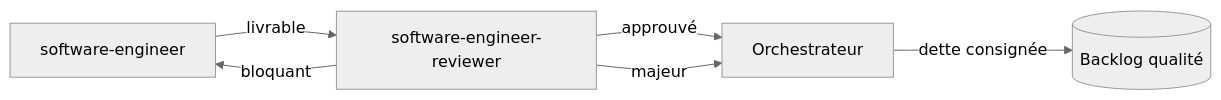
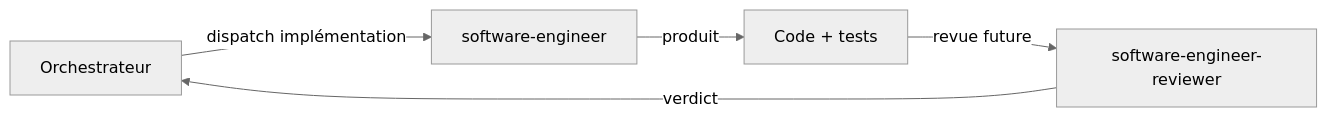
Before and after one commit to SebastienDegodez/skraft-plugin: the diagram in docs/agent-software-engineer-and-reviewer.md, drawn with Mermaid (neutral theme). The commit also changed other lines of this file and 7 other files, not shown here.

First line of the commit message:
fix(software-engineer): enumerate the 9 Object Calisthenics rules

````diff
--- a/docs/agent-software-engineer-and-reviewer.md
+++ b/docs/agent-software-engineer-and-reviewer.md
@@ -357,8 +30,7 @@
 ```mermaid
 flowchart LR
-    A[software-engineer] -->|livrable| R[software-engineer-reviewer]
-    R -->|bloquant| A
-    R -->|approuvé| O[Orchestrateur]
-    R -->|majeur| O
-    O -->|dette consignée| BACKLOG[(Backlog qualité)]
+    O[Orchestrateur] -->|dispatch implémentation| ENG[software-engineer]
+    ENG -->|produit| CODE[Code + tests]
+    CODE -->|revue future| REV[software-engineer-reviewer]
+    REV -->|verdict| O
 ```
````
